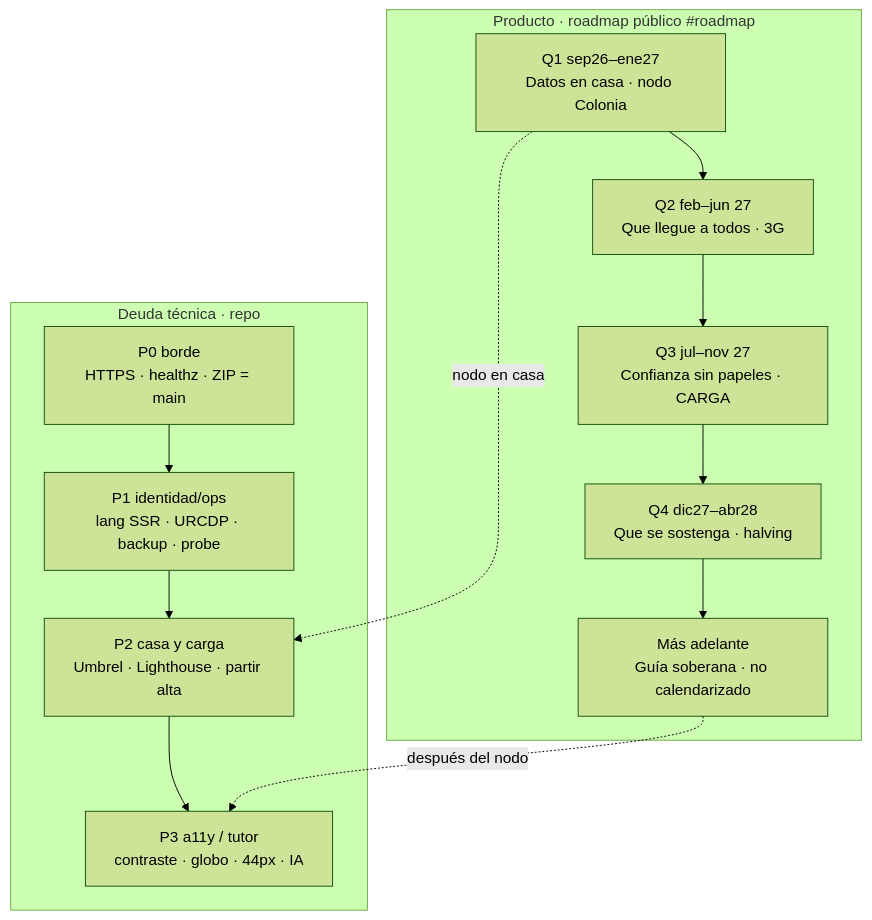
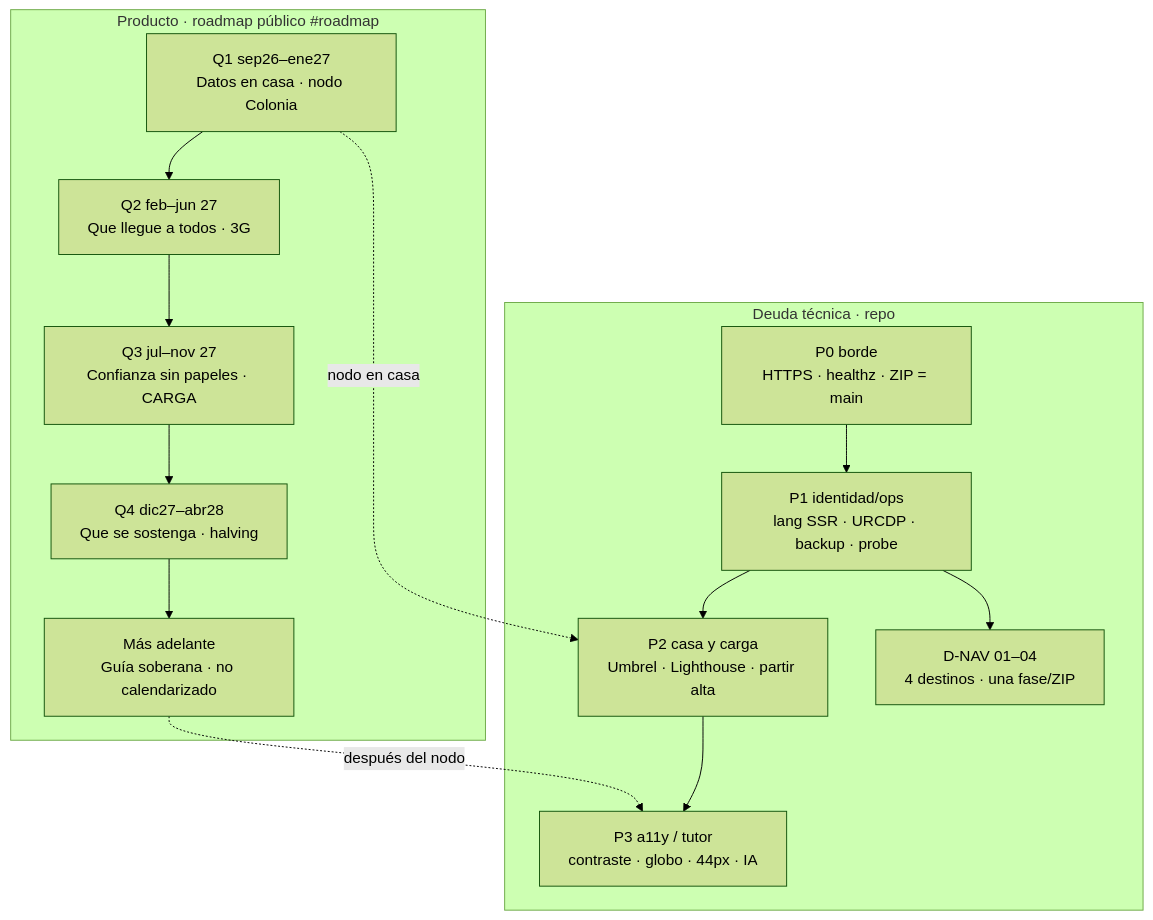
Before and after one commit to prezpablo/bitacora.btc: the diagram in docs/DEUDA-TECNICA.md, drawn with Mermaid (forest theme). The commit also changed other lines of this file and 52 other files, not shown here.

````diff
--- a/docs/DEUDA-TECNICA.md
+++ b/docs/DEUDA-TECNICA.md
@@ -18,20 +20,22 @@
 ```mermaid
 flowchart TB
   subgraph prod["Producto · roadmap público #roadmap"]
     Q1["Q1 sep26–ene27<br/>Datos en casa · nodo Colonia"]
     Q2["Q2 feb–jun 27<br/>Que llegue a todos · 3G"]
     Q3["Q3 jul–nov 27<br/>Confianza sin papeles · CARGA"]
     Q4["Q4 dic27–abr28<br/>Que se sostenga · halving"]
     T["Más adelante<br/>Guía soberana · no calendarizado"]
     Q1 --> Q2 --> Q3 --> Q4 --> T
   end
   subgraph deuda["Deuda técnica · repo"]
     P0["P0 borde<br/>HTTPS · healthz · ZIP = main"]
     P1["P1 identidad/ops<br/>lang SSR · URCDP · backup · probe"]
     P2["P2 casa y carga<br/>Umbrel · Lighthouse · partir alta"]
     P3["P3 a11y / tutor<br/>contraste · globo · 44px · IA"]
+    NAV["D-NAV 01–04<br/>4 destinos · una fase/ZIP"]
     P0 --> P1 --> P2 --> P3
+    P1 --> NAV
   end
   Q1 -.->|nodo en casa| P2
   T -.->|después del nodo| P3
 ```
````
